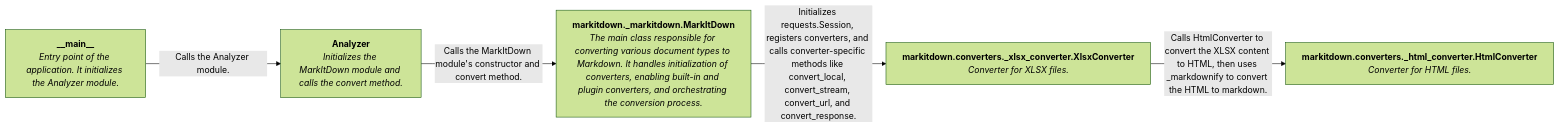
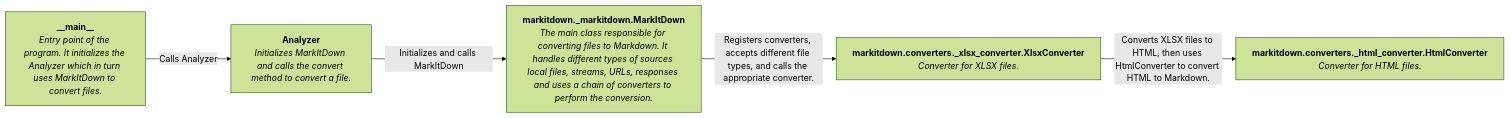
Before and after one commit to CodeBoarding/CodeBoarding: the diagram in markitdown_diagram.md, drawn with Mermaid (forest theme). The commit also changed 5 other files, not shown here.

````diff
--- a/markitdown_diagram.md
+++ b/markitdown_diagram.md
@@ -1,7 +1,7 @@
 ```mermaid
 flowchart LR
-    __main__[<b>__main__</b><br><i>Entry point of the application. It initializes the Analyzer module.</i>] -- Calls the Analyzer module. --> Analyzer[<b>Analyzer</b><br><i>Initializes the MarkItDown module and calls the convert method.</i>]
-    Analyzer[<b>Analyzer</b><br><i>Initializes the MarkItDown module and calls the convert method.</i>] -- Calls the MarkItDown module's constructor and convert method. --> markitdown._markitdown.MarkItDown[<b>markitdown._markitdown.MarkItDown</b><br><i>The main class responsible for converting various document types to Markdown. It handles initialization of converters, enabling built-in and plugin converters, and orchestrating the conversion process.</i>]
-    markitdown._markitdown.MarkItDown[<b>markitdown._markitdown.MarkItDown</b><br><i>The main class responsible for converting various document types to Markdown. It handles initialization of converters, enabling built-in and plugin converters, and orchestrating the conversion process.</i>] -- Initializes requests.Session, registers converters, and calls converter-specific methods like convert_local, convert_stream, convert_url, and convert_response. --> markitdown.converters._xlsx_converter.XlsxConverter[<b>markitdown.converters._xlsx_converter.XlsxConverter</b><br><i>Converter for XLSX files.</i>]
-    markitdown.converters._xlsx_converter.XlsxConverter[<b>markitdown.converters._xlsx_converter.XlsxConverter</b><br><i>Converter for XLSX files.</i>] -- Calls HtmlConverter to convert the XLSX content to HTML, then uses _markdownify to convert the HTML to markdown. --> markitdown.converters._html_converter.HtmlConverter[<b>markitdown.converters._html_converter.HtmlConverter</b><br><i>Converter for HTML files.</i>]
+    __main__[<b>__main__</b><br><i>Entry point of the program. It initializes the Analyzer which in turn uses MarkItDown to convert files.</i>] -- Calls Analyzer --> Analyzer[<b>Analyzer</b><br><i>Initializes MarkItDown and calls the convert method to convert a file.</i>]
+    Analyzer[<b>Analyzer</b><br><i>Initializes MarkItDown and calls the convert method to convert a file.</i>] -- Initializes and calls MarkItDown --> markitdown._markitdown.MarkItDown[<b>markitdown._markitdown.MarkItDown</b><br><i>The main class responsible for converting files to Markdown. It handles different types of sources local files, streams, URLs, responses and uses a chain of converters to perform the conversion.</i>]
+    markitdown._markitdown.MarkItDown[<b>markitdown._markitdown.MarkItDown</b><br><i>The main class responsible for converting files to Markdown. It handles different types of sources local files, streams, URLs, responses and uses a chain of converters to perform the conversion.</i>] -- Registers converters, accepts different file types, and calls the appropriate converter. --> markitdown.converters._xlsx_converter.XlsxConverter[<b>markitdown.converters._xlsx_converter.XlsxConverter</b><br><i>Converter for XLSX files.</i>]
+    markitdown.converters._xlsx_converter.XlsxConverter[<b>markitdown.converters._xlsx_converter.XlsxConverter</b><br><i>Converter for XLSX files.</i>] -- Converts XLSX files to HTML, then uses HtmlConverter to convert HTML to Markdown. --> markitdown.converters._html_converter.HtmlConverter[<b>markitdown.converters._html_converter.HtmlConverter</b><br><i>Converter for HTML files.</i>]
 ```
````
